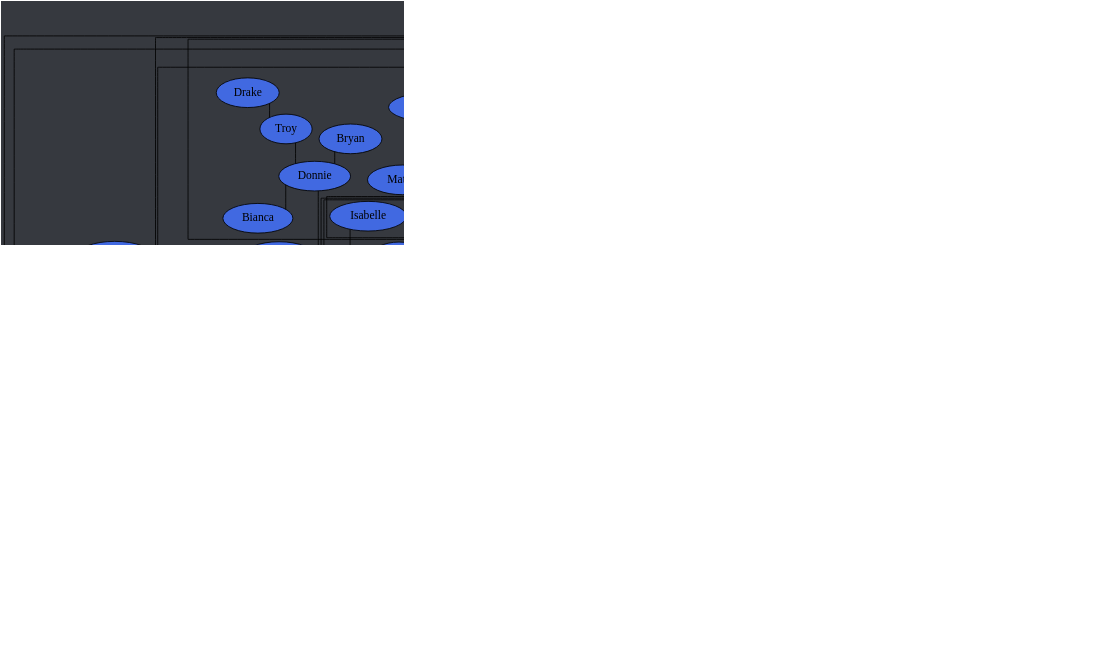
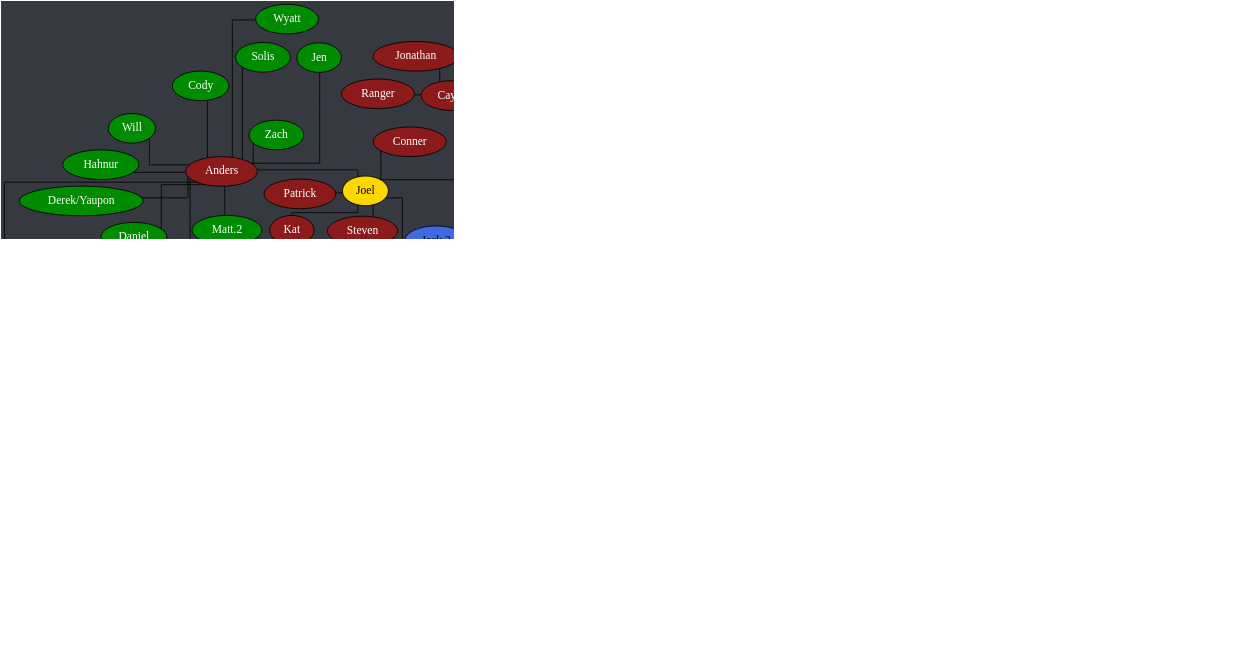
Before and after one commit to Documidas/CoronaCatzFamilyTree: the diagram in tree.dot, drawn with Graphviz. The commit also changed 1 other file, not shown here.

Commit message:
Add Brandon

```diff
--- a/tree.dot
+++ b/tree.dot
@@ -1,180 +1,181 @@
 strict graph {
 	// Layout Configuration
 	layout = neato;
 	dpi = 200;
 	epsilon = 0.01;
 	mode = major;
 	model = subset;
 	overlap = false;
 	splines = ortho;
 	start = rand;
 
 	// Visual Configuration
 	graph [ truecolor=true bgcolor="#36393f" ];
 	node [ style=filled fillcolor="gray" fontcolor="black" ];
 
 	subgraph "Joel" {
 		node [ style=filled fillcolor="firebrick4" fontcolor="white" ];
 		Joel [ style=filled fillcolor="gold" fontcolor="black" ];
 
 		Cayla -- "Ali.2";
 		Cayla -- Jonathan;
 		Cayla -- Kate;
 		Cayla -- Ranger;
 		Joel -- Anders;
 		Joel -- Cayla;
 		Joel -- Conner;
 		Joel -- Jared;
 		Joel -- Kat;
 		Joel -- Patrick;
 		Joel -- Steven;
 	}
 
 	subgraph "Anders" {
 		node [ style=filled fillcolor="green4" fontcolor="white" ];
 		// Anders [ style=filled fillcolor="green4" fontcolor="white" ];
 
 		Anders -- Chiara;
 		Anders -- Cody;
 		Anders -- Daniel;
 		Anders -- "Derek/Yaupon";
 		Anders -- DJ;
 		Anders -- Hahnur;
 		Anders -- Jen;
 		Anders -- "Matt.2";
 		Anders -- Solis;
 		Anders -- Will;
 		Anders -- Wyatt;
 		Anders -- Zach;
 	}
 
 	subgraph "Jared" {
 		node [ style=filled fillcolor="royalblue" fontcolor="black" ];
 		// Jared [ style=filled fillcolor="royalblue" fontcolor="black" ];
 
 		Andrew -- Hannah;
 		Cole -- "Shadia/SJ";
 		Dave -- Everett;
 		Donnie -- Bianca;
 		Donnie -- Bryan;
 		Donnie -- Troy;
 		Greg -- "Ali.1";
 		Greg -- Andrew;
 		Greg -- Carter;
 		Greg -- "John Boi";
 		Greg -- Tails;
 		Greg -- Tanyon;
 		Hannah -- Raana;
 		Jared -- Brandi;
 		Jared -- Dave;
 		Jared -- Donnie;
 		Jared -- Fabi;
 		Jared -- "Jack.2";
 		Jared -- Cole;
 		Jared -- Fitz;
 		Jared -- Kamon;
 		Jared -- Greg;
 		Jared -- Isabelle;
 		Jared -- Mason;
 		Jared -- "Matt.1";
 		Jared -- Mehmet;
 		Jared -- Nam;
 		Jared -- Shannon;
 		Jared -- Spencer;
 		Jared -- Tyler;
 		Jared -- "Zach/Laniakea";
 		Jared -- Zoe;
 		Troy -- Drake;
 		Tyler -- Gaby;
+		Zoe -- Brandon;
 		Zoe -- Jasper;
 		Zoe -- Jacob;
 	}
 
 	subgraph "Zach/Laniakea" {
 		node [ style=filled fillcolor="#4eff2c" fontcolor="black" ];
 		// "Zach/Laniakea" [ style=filled fillcolor="#4eff2c" fontcolor="black" ];
 
 		"Caio.2" -- "Kyle.1";
 		"Caio.2" -- Lucas;
 		Kuri -- Drew;
 		Kuri -- Jon;
 		Kuri -- Karma;
 		"Ryan/Wenger" -- Gracie;
 		"Zach/Laniakea" -- Allen;
 		"Zach/Laniakea" -- "Caio.2";
 		"Zach/Laniakea" -- Colin;
 		"Zach/Laniakea" -- John;
 		"Zach/Laniakea" -- Logan;
 		"Zach/Laniakea" -- Kevin;
 		"Zach/Laniakea" -- Kuri;
 		"Zach/Laniakea" -- "Kyle.0";
 		"Zach/Laniakea" -- Mike;
 		"Zach/Laniakea" -- "Ryan/Wenger";
 		"Zach/Laniakea" -- "Ukko";
 	}
 
 	subgraph "John" {
 		node [ style=filled fillcolor="#c89b3c" fontcolor="black" ];
 		// John [ style=filled fillcolor="#c89b3c" fontcolor="black" ];
 
 		Haber -- "Derek/Nomad";
 		John -- Anna;
 		John -- Emily;
 		John -- Haber;
 		John -- Jay;
 		John -- Jack;
 		John -- Lara;
 		John -- Monarch;
 		John -- "Oliger/Leanza";
 		John -- Thomas;
 	}
 
 	subgraph "John-stream" {
 		// node [ style=filled fillcolor="#9147ff" fontcolor="black" ];
 		node [ style=filled fillcolor="#c89b3c" fontcolor="black" ];
 
 		John -- "Michael/Wheezy";
 	}
 
 	subgraph "Thomas" {
 		node [ style=filled fillcolor="#b04900" fontcolor="black" ];
 		// Thomas [ style=filled fillcolor="#b04900" fontcolor="black" ];
 
 		Thomas -- Alex;
 		Thomas -- Bob;
 		Thomas -- JD;
 		Thomas -- Josh;
 		Thomas -- Juan;
 		Thomas -- Michael;
 		Thomas -- Taylor;
 		Thomas -- Tony;
 		Thomas -- "Travis.1";
 		Thomas -- "Travis.2";
 		Tony -- GT;
 	}
 
 	subgraph "Alex" {
 		node [ style=filled fillcolor="#6f2da8" fontcolor="white" ];
 		// Alex [ style=filled fillcolor="#6f2da8" fontcolor="black" ];
 
 		Alex -- "Alex/Blitt";
 		Alex -- "Da'Von";
 		Alex -- Sam;
 		"Alex/Blitt" -- Alan;
 		"Alex/Blitt" -- "Alex the 3rd";
 		"Alex/Blitt" -- Brian;
 		"Alex/Blitt" -- Carlos;
 		"Alex/Blitt" -- Chris;
 		"Alex/Blitt" -- Frank;
 		"Alex/Blitt" -- Gabriel;
 		"Alex/Blitt" -- "Kyle.3";
 		"Alex/Blitt" -- Laske;
 		"Alex/Blitt" -- "Ryan.1";
 		"Alex/Blitt" -- "Sam.2";
 		"Da'Von" -- Dalton;
 		"Da'Von" -- Dalyn;
 		"Da'Von" -- Zeller;
 		Dalton -- Graysen;
 		Gabriel -- "Ryan.2";
 	}
 }
```
